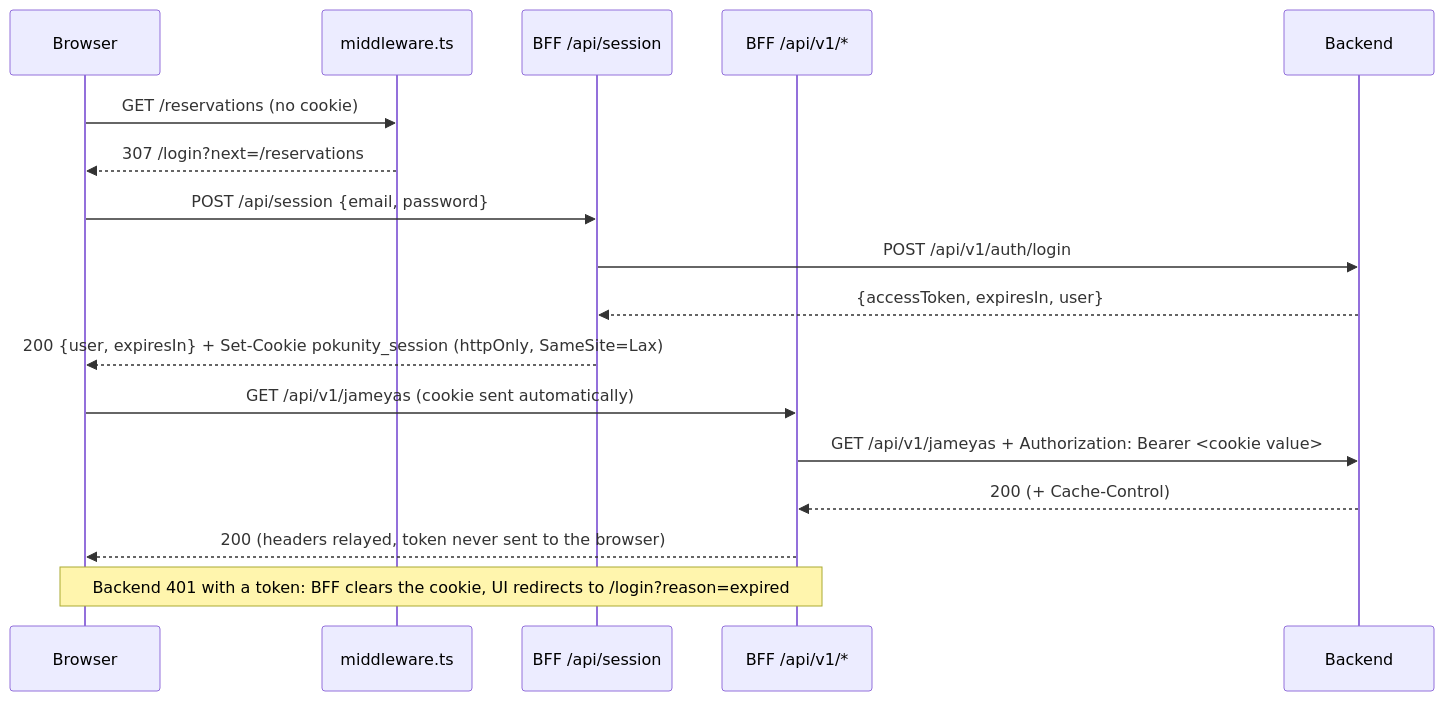
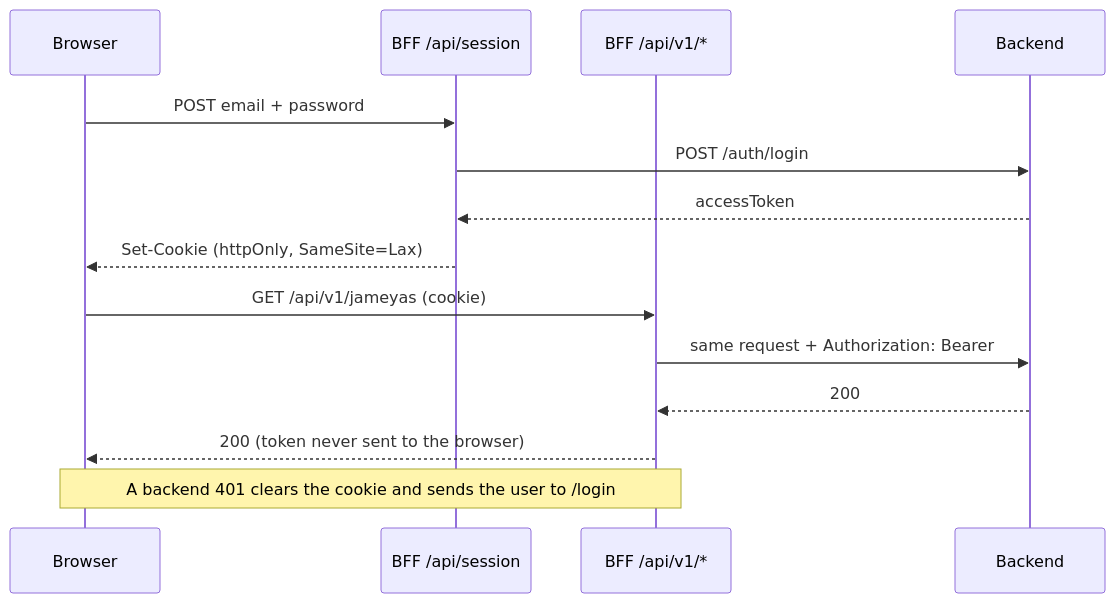
Before and after one commit to ehamamrah/Pokunity: the second of 2 diagrams in docs/frontend/architecture.md, drawn with Mermaid. The commit also changed other lines of this file and 12 other files, not shown here.

Commit message:
Shorten architecture, frontend and performance docs

````diff
--- a/docs/frontend/architecture.md
+++ b/docs/frontend/architecture.md
@@ -86,19 +48,16 @@
 ```mermaid
 sequenceDiagram
   participant B as Browser
-  participant M as middleware.ts
   participant S as BFF /api/session
   participant P as BFF /api/v1/*
   participant A as Backend
-  B->>M: GET /reservations (no cookie)
-  M-->>B: 307 /login?next=/reservations
-  B->>S: POST /api/session {email, password}
-  S->>A: POST /api/v1/auth/login
-  A-->>S: {accessToken, expiresIn, user}
-  S-->>B: 200 {user, expiresIn} + Set-Cookie pokunity_session (httpOnly, SameSite=Lax)
-  B->>P: GET /api/v1/jameyas (cookie sent automatically)
-  P->>A: GET /api/v1/jameyas + Authorization: Bearer <cookie value>
-  A-->>P: 200 (+ Cache-Control)
-  P-->>B: 200 (headers relayed, token never sent to the browser)
-  Note over P,B: Backend 401 with a token: BFF clears the cookie, UI redirects to /login?reason=expired
+  B->>S: POST email + password
+  S->>A: POST /auth/login
+  A-->>S: accessToken
+  S-->>B: Set-Cookie (httpOnly, SameSite=Lax)
+  B->>P: GET /api/v1/jameyas (cookie)
+  P->>A: same request + Authorization: Bearer
+  A-->>P: 200
+  P-->>B: 200 (token never sent to the browser)
+  Note over P,B: A backend 401 clears the cookie and sends the user to /login
 ```
````
